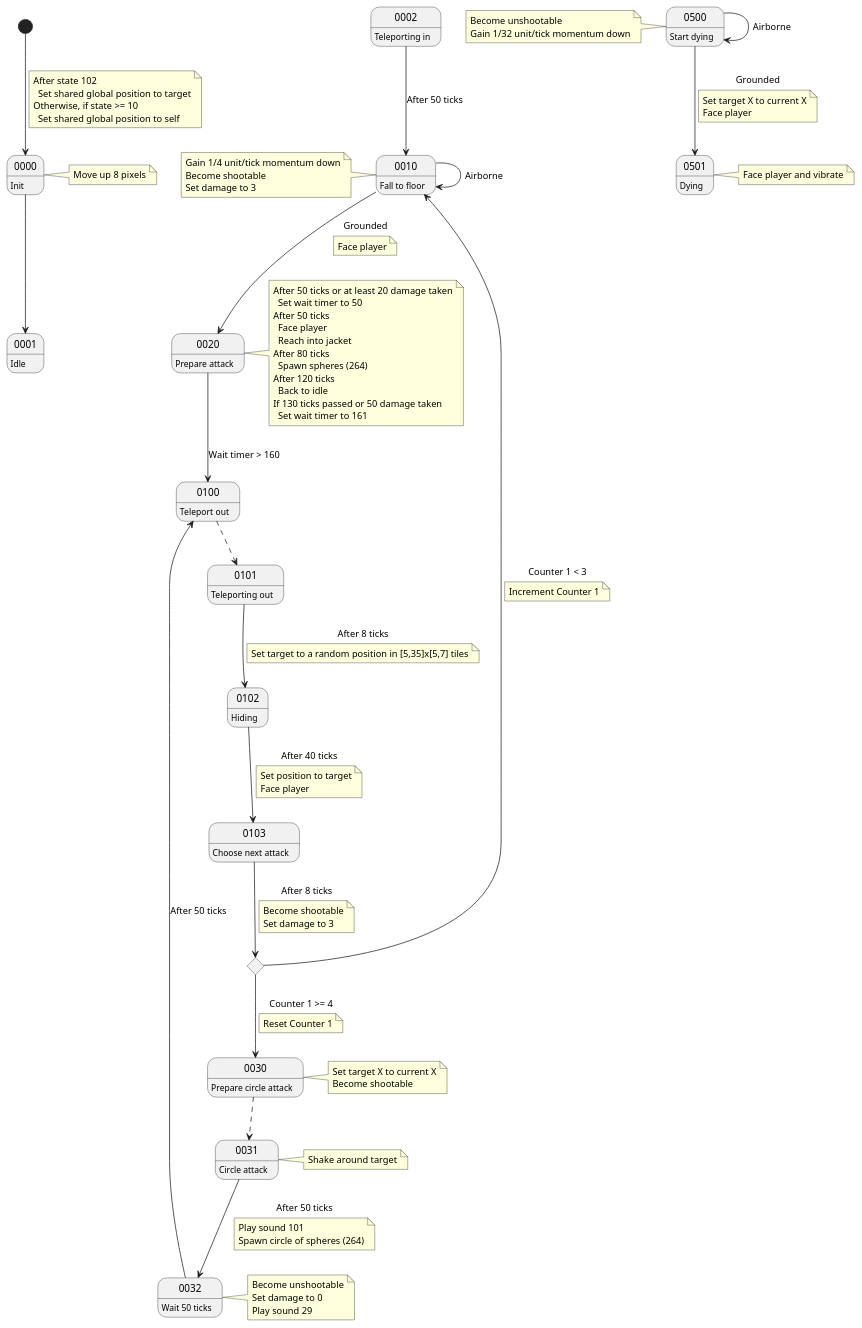
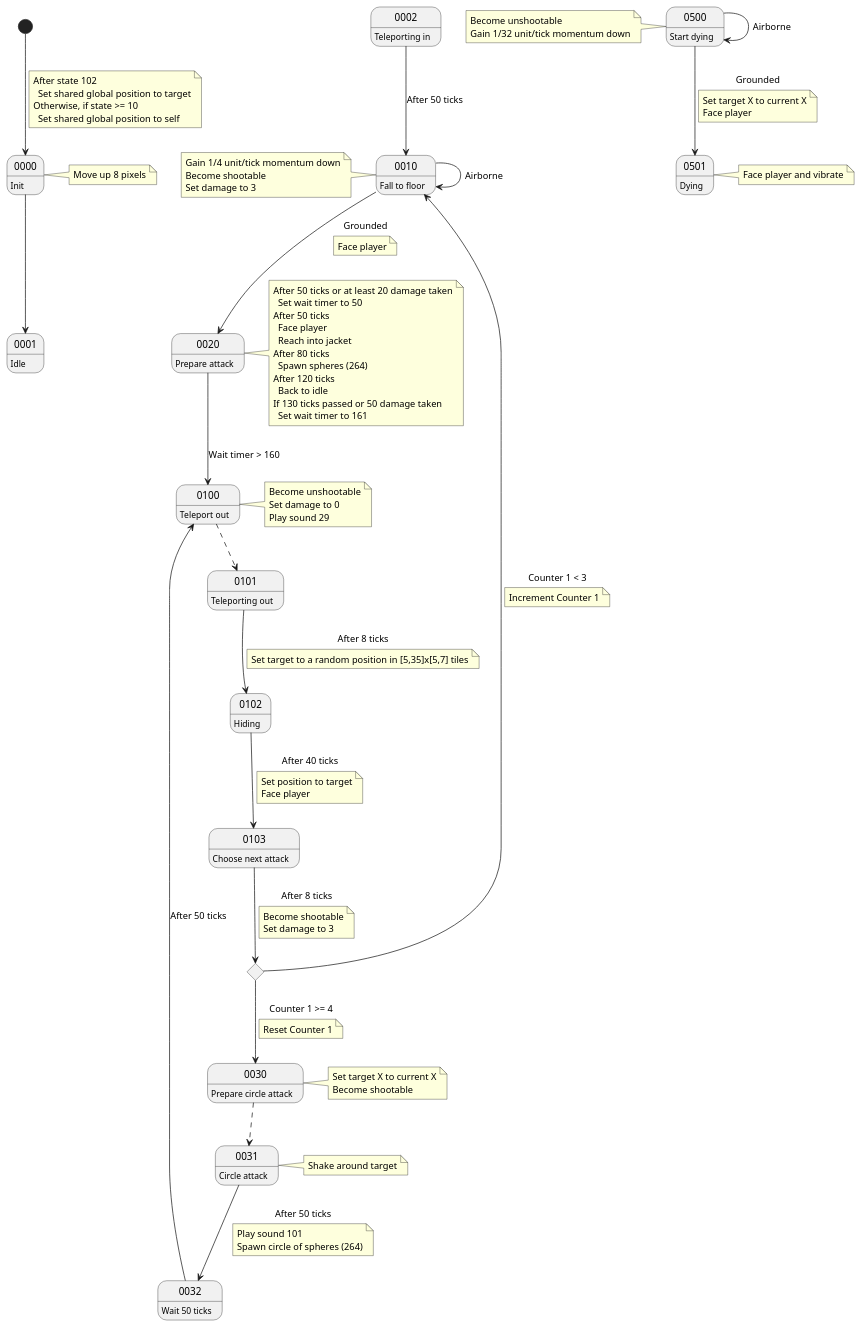
The diagram in ANP/Npc_263_-_Doctor_(Boss).wsd (CaveStoryModdingCommunity/ANP-Graphs), drawn with PlantUML before and after one commit. The commit also changed 17 other files, not shown here.

```diff
--- a/ANP/Npc_263_-_Doctor_(Boss).wsd
+++ b/ANP/Npc_263_-_Doctor_(Boss).wsd
@@ -1,111 +1,111 @@
 @startuml Npc 263 - Doctor (Boss)
 [*] --> 0000
 note on link
 After state 102
   Set shared global position to target
 Otherwise, if state >= 10
   Set shared global position to self
 end note
 
 0000 : Init
-note right : Move up 8 pixels
+note right of 0000 : Move up 8 pixels
 0000 --> 0001
 
 0001 : Idle
 
 0002 : Teleporting in
 0002 --> 0010 : After 50 ticks
 
 0010 : Fall to floor
-note left
+note left of 0010
 Gain 1/4 unit/tick momentum down
 Become shootable
 Set damage to 3
 end note
 0010 --> 0010 : Airborne
 0010 --> 0020 : Grounded
 note on link : Face player
 
 0020 : Prepare attack
-note right
+note right of 0020
 After 50 ticks or at least 20 damage taken
   Set wait timer to 50
 After 50 ticks
   Face player
   Reach into jacket
 After 80 ticks
   Spawn spheres (264)
 After 120 ticks
   Back to idle
 If 130 ticks passed or 50 damage taken
   Set wait timer to 161
 end note
 0020 --> 0100 : Wait timer > 160
 
 0030 : Prepare circle attack
-note right
+note right of 0030
 Set target X to current X
 Become shootable
 end note
 0030 -[dashed]-> 0031
 
 0031 : Circle attack
-note right : Shake around target
+note right of 0031 : Shake around target
 0031 --> 0032 : After 50 ticks
 note on link
 Play sound 101
 Spawn circle of spheres (264)
 end note
 
 0032 : Wait 50 ticks
 0032 --> 0100 : After 50 ticks
 
 0100 : Teleport out
-note right
+note right of 0100
 Become unshootable
 Set damage to 0
 Play sound 29
 end note
 0100 -[dashed]-> 0101
 
 0101 : Teleporting out
 0101 --> 0102 : After 8 ticks
 note on link
 Set target to a random position in [5,35]x[5,7] tiles
 end note
 
 0102 : Hiding
 0102 --> 0103 : After 40 ticks
 note on link
 Set position to target
 Face player
 end note
 
 0103 : Choose next attack
 state C <<choice>>
 0103 --> C : After 8 ticks
 note on link
 Become shootable
 Set damage to 3
 end note
 C --> 0010 : Counter 1 < 3
 note on link : Increment Counter 1
 C --> 0030 : Counter 1 >= 4
 note on link : Reset Counter 1
 
 0500 : Start dying
-note left
+note left of 0500
 Become unshootable
 Gain 1/32 unit/tick momentum down
 end note
 0500 --> 0500 : Airborne
 0500 --> 0501 : Grounded
 note on link
 Set target X to current X
 Face player
 end note
 
 0501 : Dying
-note right : Face player and vibrate
+note right of 0501 : Face player and vibrate
 
 @enduml
```
